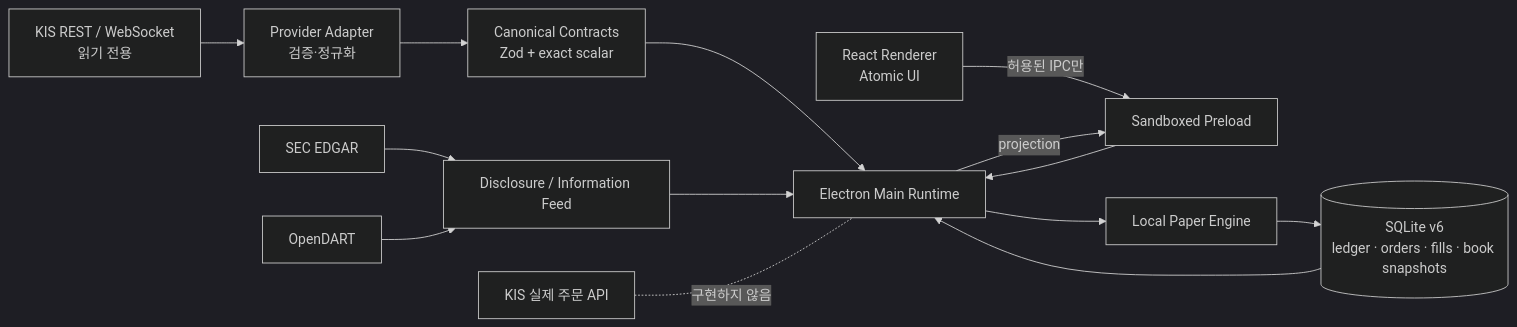
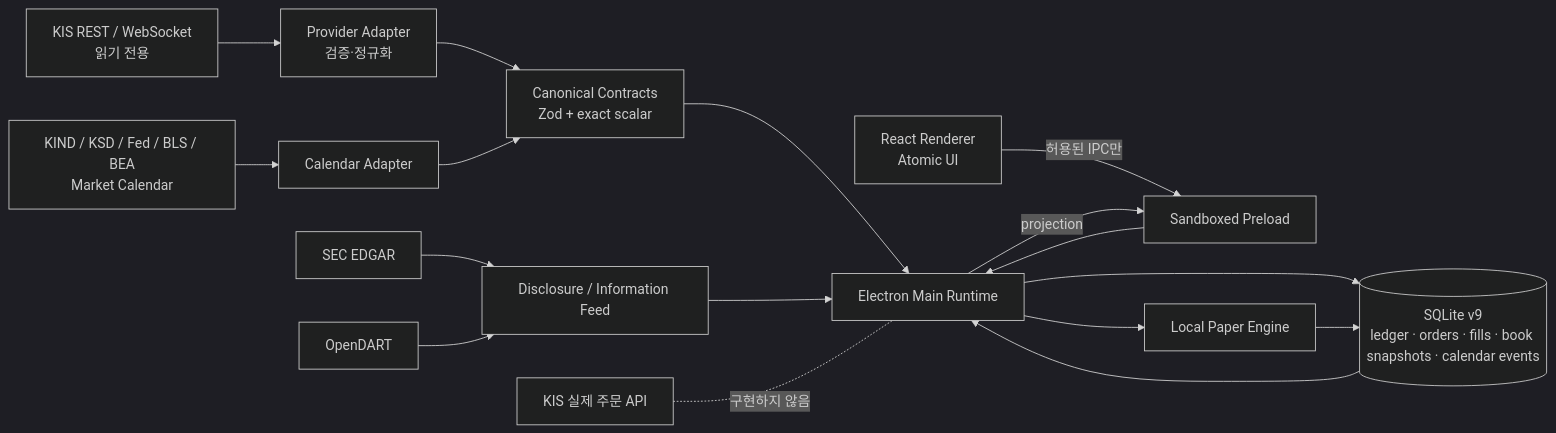
The diagram in README.md (dblekw87/paperflow-personal-hts), drawn with Mermaid (dark theme) before and after one commit. The commit also changed other lines of this file and 41 other files, not shown here.

Commit message:
Add market event calendar providers and UI

````diff
--- a/README.md
+++ b/README.md
@@ -173,20 +198,23 @@
 ```mermaid
 flowchart LR
     KIS["KIS REST / WebSocket<br/>읽기 전용"] --> ADAPTER["Provider Adapter<br/>검증·정규화"]
     SEC["SEC EDGAR"] --> INFO["Disclosure / Information Feed"]
     DART["OpenDART"] --> INFO
+    KIND["KIND / KSD / Fed / BLS / BEA<br/>Market Calendar"] --> CAL["Calendar Adapter"]
 
     ADAPTER --> CONTRACT["Canonical Contracts<br/>Zod + exact scalar"]
+    CAL --> CONTRACT
     CONTRACT --> RUNTIME["Electron Main Runtime"]
     INFO --> RUNTIME
 
     UI["React Renderer<br/>Atomic UI"] -->|허용된 IPC만| PRELOAD["Sandboxed Preload"]
     PRELOAD --> RUNTIME
     RUNTIME -->|projection| PRELOAD
 
     RUNTIME --> ENGINE["Local Paper Engine"]
-    ENGINE --> DB[("SQLite v6<br/>ledger · orders · fills · book snapshots")]
+    RUNTIME --> DB[("SQLite v9<br/>ledger · orders · fills · book snapshots · calendar events")]
+    ENGINE --> DB
     DB --> RUNTIME
 
     BLOCKED["KIS 실제 주문 API"] -. "구현하지 않음" .- RUNTIME
 ```
````
